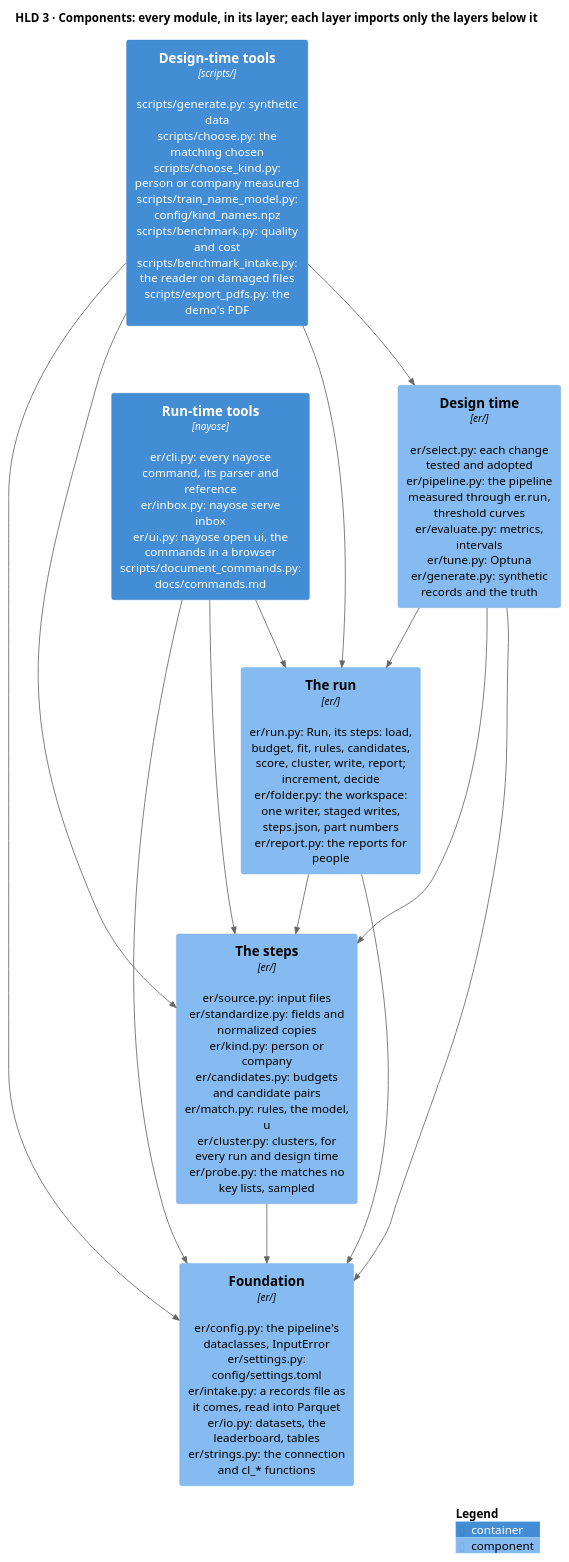
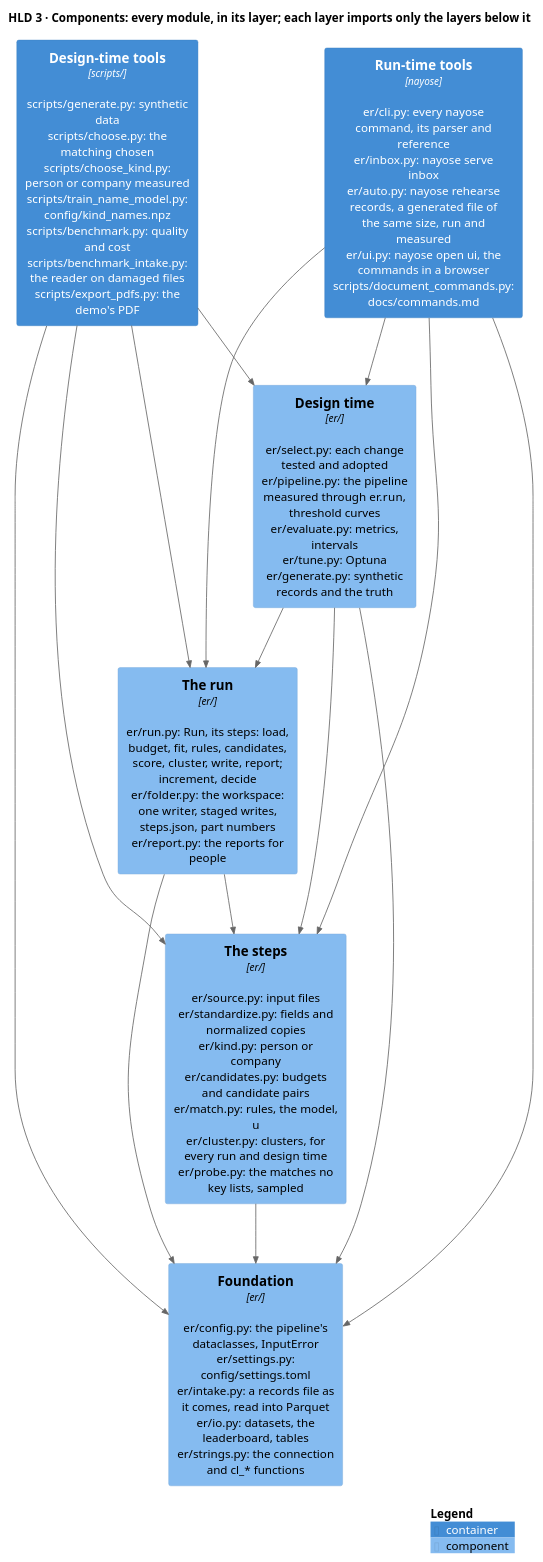
One commit to mvsbm/entity_matching changed the diagram in docs/diagrams/components.puml. Above: the diagram before and after it, drawn with PlantUML. The commit also changed 12 other files, not shown here.

```diff
--- a/docs/diagrams/components.puml
+++ b/docs/diagrams/components.puml
@@ -1,30 +1,31 @@
 @startuml components
 !include <C4/C4_Component>
 LAYOUT_TOP_DOWN()
 HIDE_STEREOTYPE()
 title HLD 3 · Components: every module, in its layer; each layer imports only the layers below it
 
-Container(tools_run, "Run-time tools", "nayose", "er/cli.py: every nayose command, its parser and reference\ner/inbox.py: nayose serve inbox\ner/ui.py: nayose open ui, the commands in a browser\nscripts/document_commands.py: docs/commands.md")
+Container(tools_run, "Run-time tools", "nayose", "er/cli.py: every nayose command, its parser and reference\ner/inbox.py: nayose serve inbox\ner/auto.py: nayose rehearse records, a generated file of the same size, run and measured\ner/ui.py: nayose open ui, the commands in a browser\nscripts/document_commands.py: docs/commands.md")
 Container(tools_design, "Design-time tools", "scripts/", "scripts/generate.py: synthetic data\nscripts/choose.py: the matching chosen\nscripts/choose_kind.py: person or company measured\nscripts/train_name_model.py: config/kind_names.npz\nscripts/benchmark.py: quality and cost\nscripts/benchmark_intake.py: the reader on damaged files\nscripts/export_pdfs.py: the demo's PDF")
 
 Component(run, "The run", "er/", "er/run.py: Run, its steps: load, budget, fit, rules, candidates, score, cluster, write, report; increment, decide\ner/folder.py: the workspace: one writer, staged writes, steps.json, part numbers\ner/report.py: the reports for people")
 Component(design, "Design time", "er/", "er/select.py: each change tested and adopted\ner/pipeline.py: the pipeline measured through er.run, threshold curves\ner/evaluate.py: metrics, intervals\ner/tune.py: Optuna\ner/generate.py: synthetic records and the truth")
 Component(steps, "The steps", "er/", "er/source.py: input files\ner/standardize.py: fields and normalized copies\ner/kind.py: person or company\ner/candidates.py: budgets and candidate pairs\ner/match.py: rules, the model, u\ner/cluster.py: clusters, for every run and design time\ner/probe.py: the matches no key lists, sampled")
 Component(configuration, "Foundation", "er/", "er/config.py: the pipeline's dataclasses, InputError\ner/settings.py: config/settings.toml\ner/intake.py: a records file as it comes, read into Parquet\ner/io.py: datasets, the leaderboard, tables\ner/strings.py: the connection and cl_* functions")
 
 Rel_D(tools_run, run, "")
 Rel_D(tools_run, steps, "")
 Rel_D(tools_run, configuration, "")
+Rel_D(tools_run, design, "")
 Rel_D(tools_design, run, "")
 Rel_D(tools_design, design, "")
 Rel_D(tools_design, steps, "")
 Rel_D(tools_design, configuration, "")
 Rel_D(run, steps, "")
 Rel_D(run, configuration, "")
 Rel_D(design, run, "")
 Rel_D(design, steps, "")
 Rel_D(design, configuration, "")
 Rel_D(steps, configuration, "")
 
 SHOW_LEGEND()
 @enduml
```
